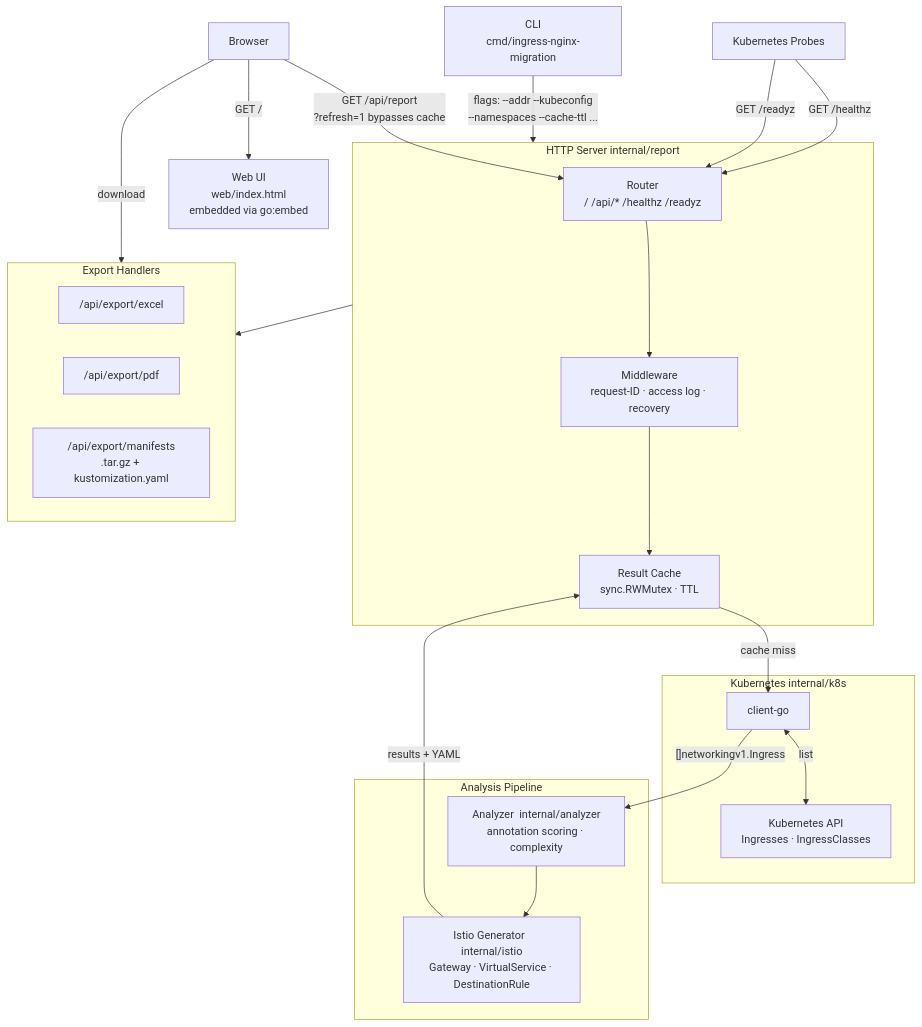
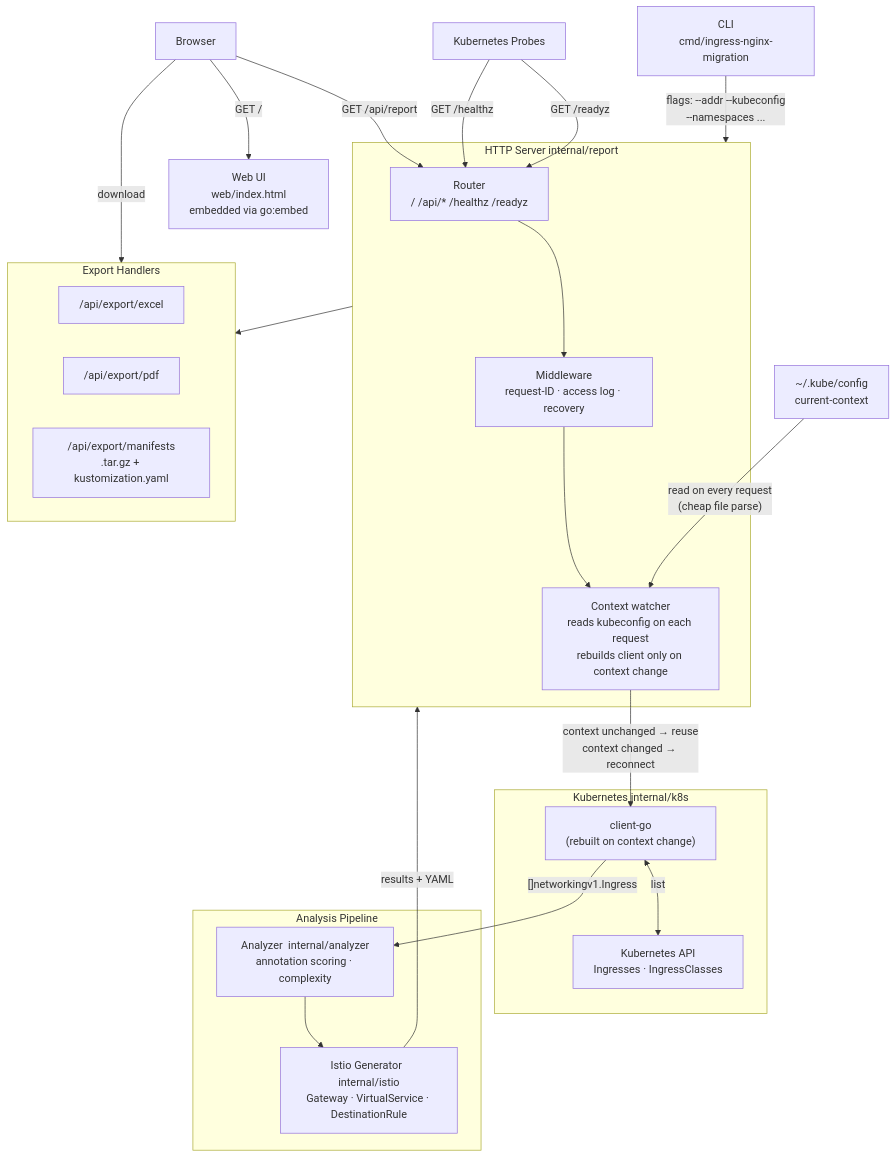
One commit to rohitsingh4334/nginx-ingress-to-istio changed the diagram in README.md. Above: the diagram before and after it, drawn with Mermaid. The commit also changed other lines of this file and 3 other files, not shown here.

First line of the commit message:
feat: remove cache, add live kubeconfig context switching

````diff
--- a/README.md
+++ b/README.md
@@ -7,41 +7,43 @@
 ```mermaid
 flowchart TD
-    CLI["CLI\ncmd/ingress-nginx-migration"] -->|"flags: --addr --kubeconfig\n--namespaces --cache-ttl ..."| Server
+    CLI["CLI\ncmd/ingress-nginx-migration"] -->|"flags: --addr --kubeconfig\n--namespaces ..."| Server
 
     subgraph Server["HTTP Server  internal/report"]
         Mux["Router\n/  /api/*  /healthz  /readyz"]
-        Cache["Result Cache\nsync.RWMutex · TTL"]
         MW["Middleware\nrequest-ID · access log · recovery"]
-        Mux --> MW --> Cache
+        CtxCheck["Context watcher\nreads kubeconfig on each request\nrebuilds client only on context change"]
+        Mux --> MW --> CtxCheck
     end
 
+    Kubeconfig["~/.kube/config\ncurrent-context"] -->|"read on every request\n(cheap file parse)"| CtxCheck
+
     subgraph K8s["Kubernetes  internal/k8s"]
-        Client["client-go"]
+        Client["client-go\n(rebuilt on context change)"]
         KubeAPI["Kubernetes API\nIngresses · IngressClasses"]
         Client <-->|list| KubeAPI
     end
 
     subgraph Core["Analysis Pipeline"]
         Analyzer["Analyzer  internal/analyzer\nannotation scoring · complexity"]
         IstioGen["Istio Generator  internal/istio\nGateway · VirtualService · DestinationRule"]
         Analyzer --> IstioGen
     end
 
     subgraph Exports["Export Handlers"]
         Excel["/api/export/excel"]
         PDF["/api/export/pdf"]
         Manifests["/api/export/manifests\n.tar.gz + kustomization.yaml"]
     end
 
-    Cache -->|cache miss| Client
+    CtxCheck -->|"context unchanged → reuse\ncontext changed → reconnect"| Client
     Client -->|"[]networkingv1.Ingress"| Analyzer
-    IstioGen -->|results + YAML| Cache
+    IstioGen -->|results + YAML| Server
     Server --> Exports
 
-    Browser["Browser"] -->|"GET /api/report\n?refresh=1 bypasses cache"| Mux
+    Browser["Browser"] -->|GET /api/report| Mux
     Browser -->|GET /| StaticUI["Web UI\nweb/index.html\nembedded via go:embed"]
     Browser -->|download| Exports
 
     Probes["Kubernetes Probes"] -->|GET /healthz| Mux
     Probes -->|GET /readyz| Mux
 ```
````
